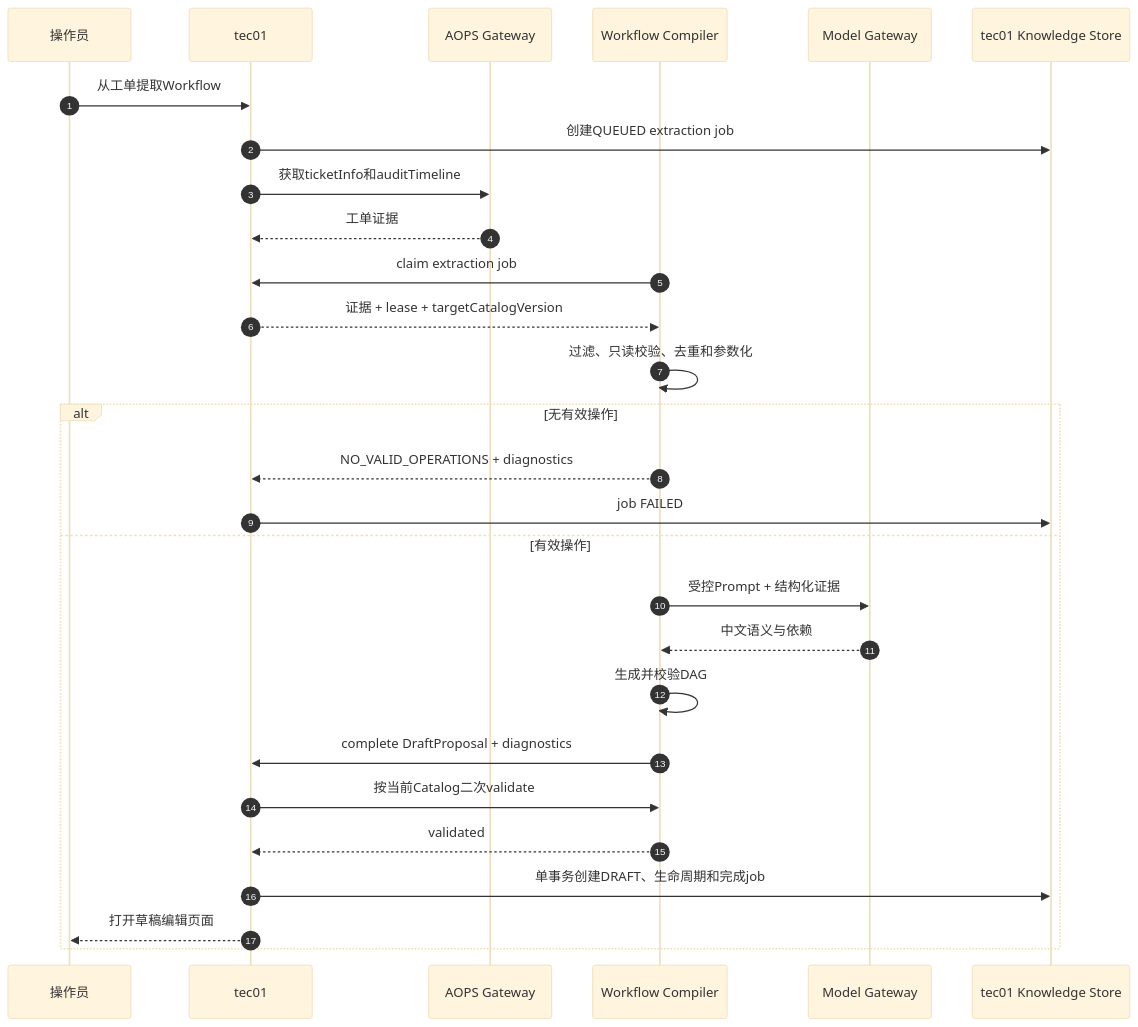
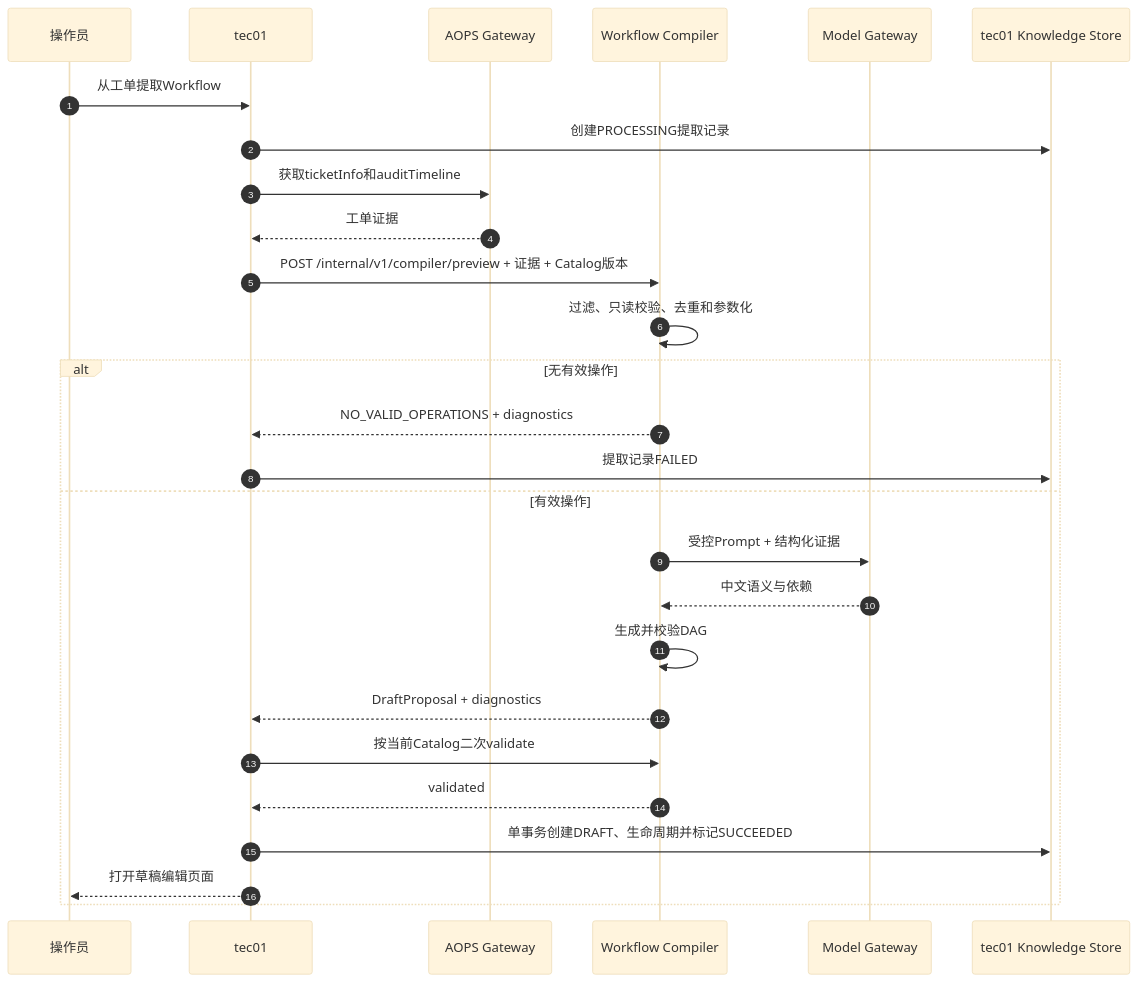
Before and after one commit to armin1024/itsm-workflow: the third of 7 diagrams in docs/tec01-control-plane-split.md, drawn with Mermaid (base theme). The commit also changed other lines of this file and 6 other files, not shown here.

Commit message:
docs: align tec01 control and runtime flows

````diff
--- a/docs/tec01-control-plane-split.md
+++ b/docs/tec01-control-plane-split.md
@@ -290,31 +287,30 @@
 ```mermaid
 sequenceDiagram
     autonumber
     participant U as 操作员
     participant T as tec01
     participant A as AOPS Gateway
     participant C as Workflow Compiler
     participant L as Model Gateway
     participant S as tec01 Knowledge Store
 
     U->>T: 从工单提取Workflow
-    T->>S: 创建QUEUED extraction job
+    T->>S: 创建PROCESSING提取记录
     T->>A: 获取ticketInfo和auditTimeline
     A-->>T: 工单证据
-    C->>T: claim extraction job
-    T-->>C: 证据 + lease + targetCatalogVersion
+    T->>C: POST /internal/v1/compiler/preview + 证据 + Catalog版本
     C->>C: 过滤、只读校验、去重和参数化
     alt 无有效操作
         C-->>T: NO_VALID_OPERATIONS + diagnostics
-        T->>S: job FAILED
+        T->>S: 提取记录FAILED
     else 有效操作
         C->>L: 受控Prompt + 结构化证据
         L-->>C: 中文语义与依赖
         C->>C: 生成并校验DAG
-        C->>T: complete DraftProposal + diagnostics
+        C-->>T: DraftProposal + diagnostics
         T->>C: 按当前Catalog二次validate
         C-->>T: validated
-        T->>S: 单事务创建DRAFT、生命周期和完成job
+        T->>S: 单事务创建DRAFT、生命周期并标记SUCCEEDED
         T-->>U: 打开草稿编辑页面
     end
 ```
````
